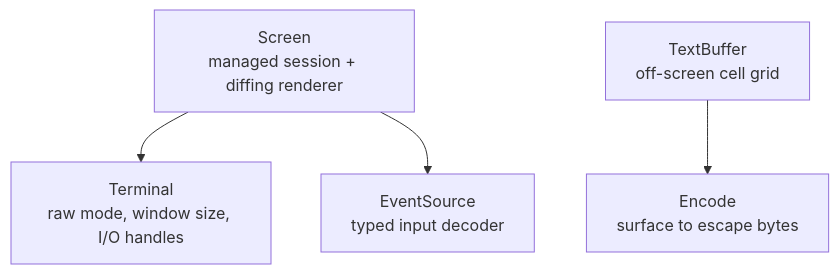
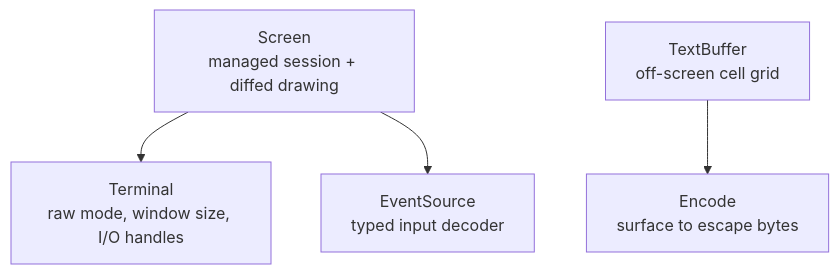
Before and after one commit to aymanbagabas/uncurses: the diagram in website/content/docs/getting-started/the-layers.md, drawn with Mermaid. The commit also changed other lines of this file and 22 other files, not shown here.

````diff
--- a/website/content/docs/getting-started/the-layers.md
+++ b/website/content/docs/getting-started/the-layers.md
@@ -10,7 +10,7 @@
 ```mermaid
 flowchart TB
-  Screen["Screen<br/>managed session + diffing renderer"]
+  Screen["Screen<br/>managed session + diffed drawing"]
   Screen --> Terminal["Terminal<br/>raw mode, window size, I/O handles"]
   Screen --> EventSource["EventSource<br/>typed input decoder"]
   TextBuffer["TextBuffer<br/>off-screen cell grid"] --> Encode["Encode<br/>surface to escape bytes"]
 ```
````
